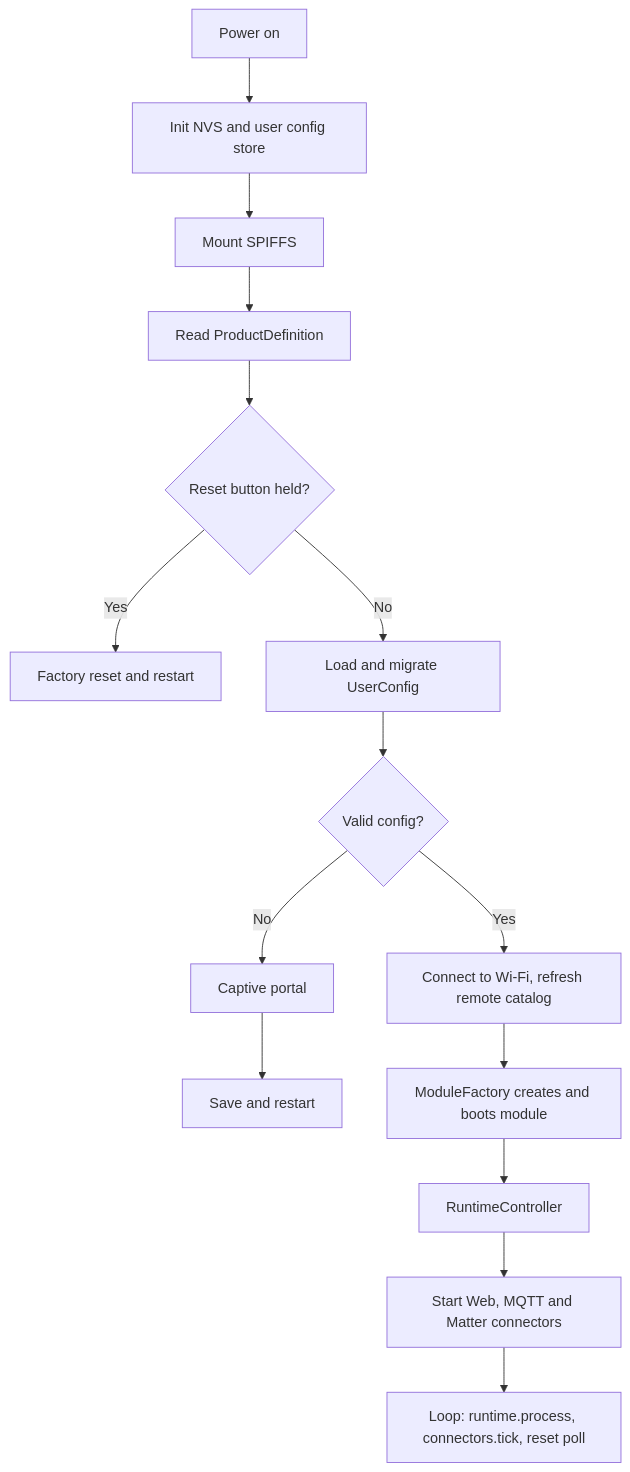
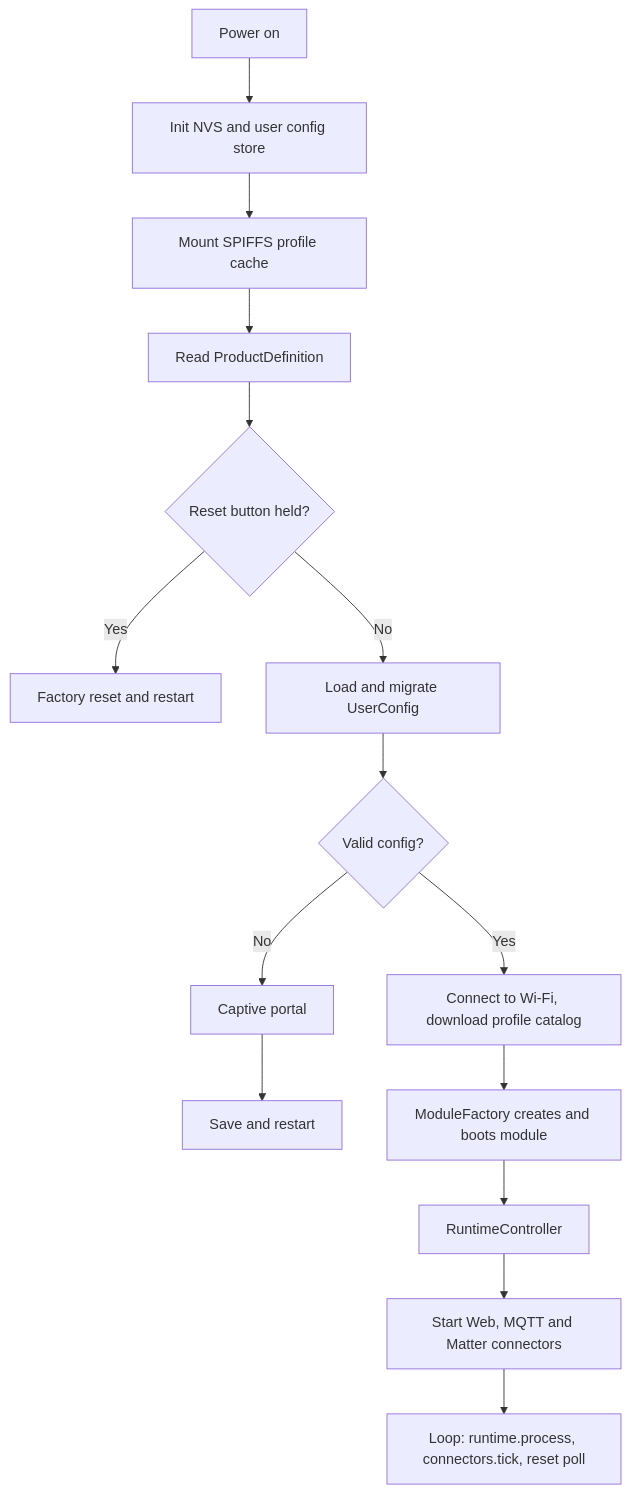
Before and after one commit to simply-justin/open-comfort: the first of 2 diagrams in docs/architecture.md, drawn with Mermaid. The commit also changed other lines of this file and 18 other files, not shown here.

First line of the commit message:
feat: download signed AC profiles instead of bundling them in SPIFFS

````diff
--- a/docs/architecture.md
+++ b/docs/architecture.md
@@ -14,16 +14,16 @@
 ```mermaid
 flowchart TD
     Boot[Power on] --> Nvs[Init NVS and user config store]
-    Nvs --> Spiffs[Mount SPIFFS]
+    Nvs --> Spiffs[Mount SPIFFS profile cache]
     Spiffs --> Product[Read ProductDefinition]
     Product --> Reset{Reset button held?}
     Reset -->|Yes| Wipe[Factory reset and restart]
     Reset -->|No| Load[Load and migrate UserConfig]
     Load --> Valid{Valid config?}
     Valid -->|No| Portal[Captive portal] --> Restart[Save and restart]
-    Valid -->|Yes| Wifi[Connect to Wi-Fi, refresh remote catalog]
+    Valid -->|Yes| Wifi[Connect to Wi-Fi, download profile catalog]
     Wifi --> Module[ModuleFactory creates and boots module]
     Module --> Runtime[RuntimeController]
     Runtime --> Connectors[Start Web, MQTT and Matter connectors]
     Connectors --> Loop[Loop: runtime.process, connectors.tick, reset poll]
 ```
````
